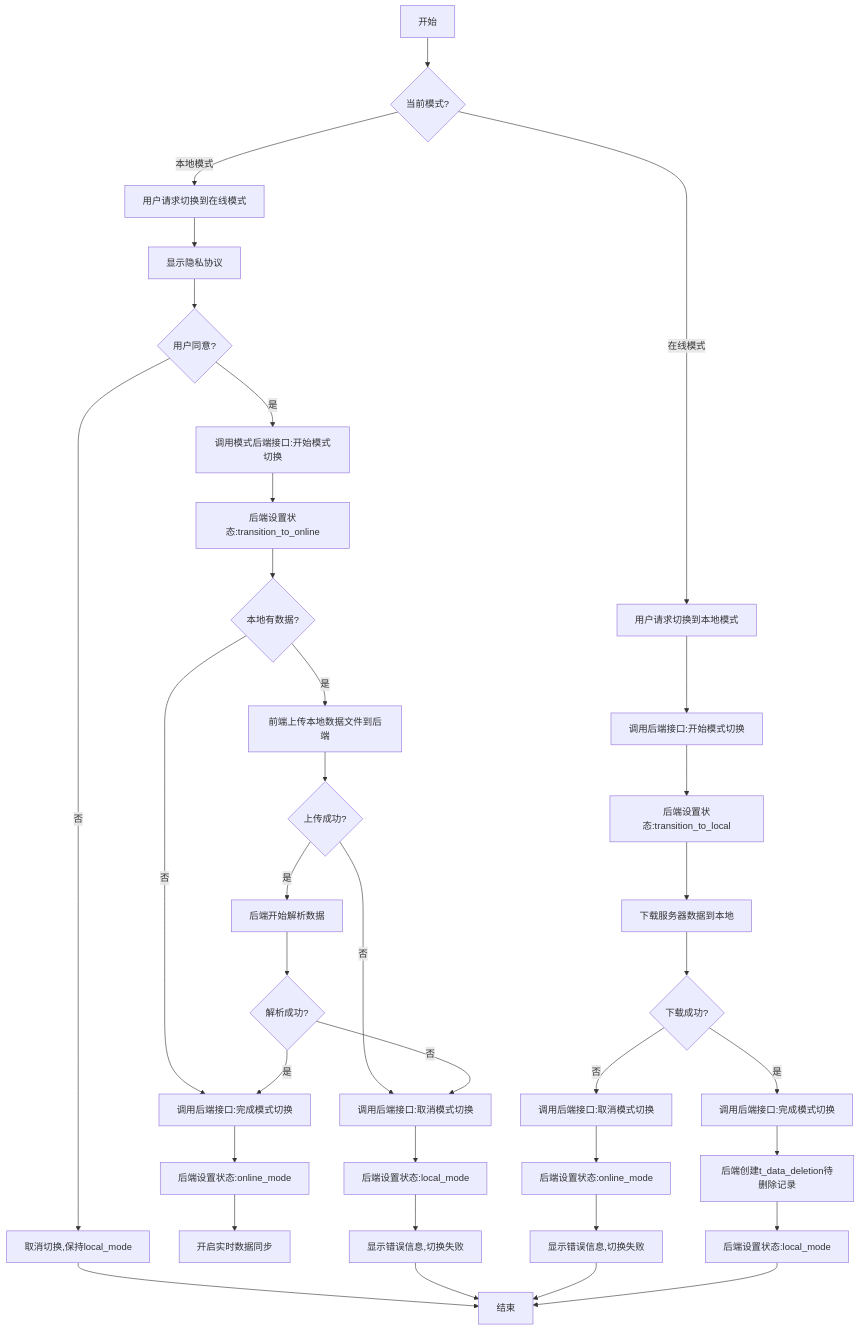
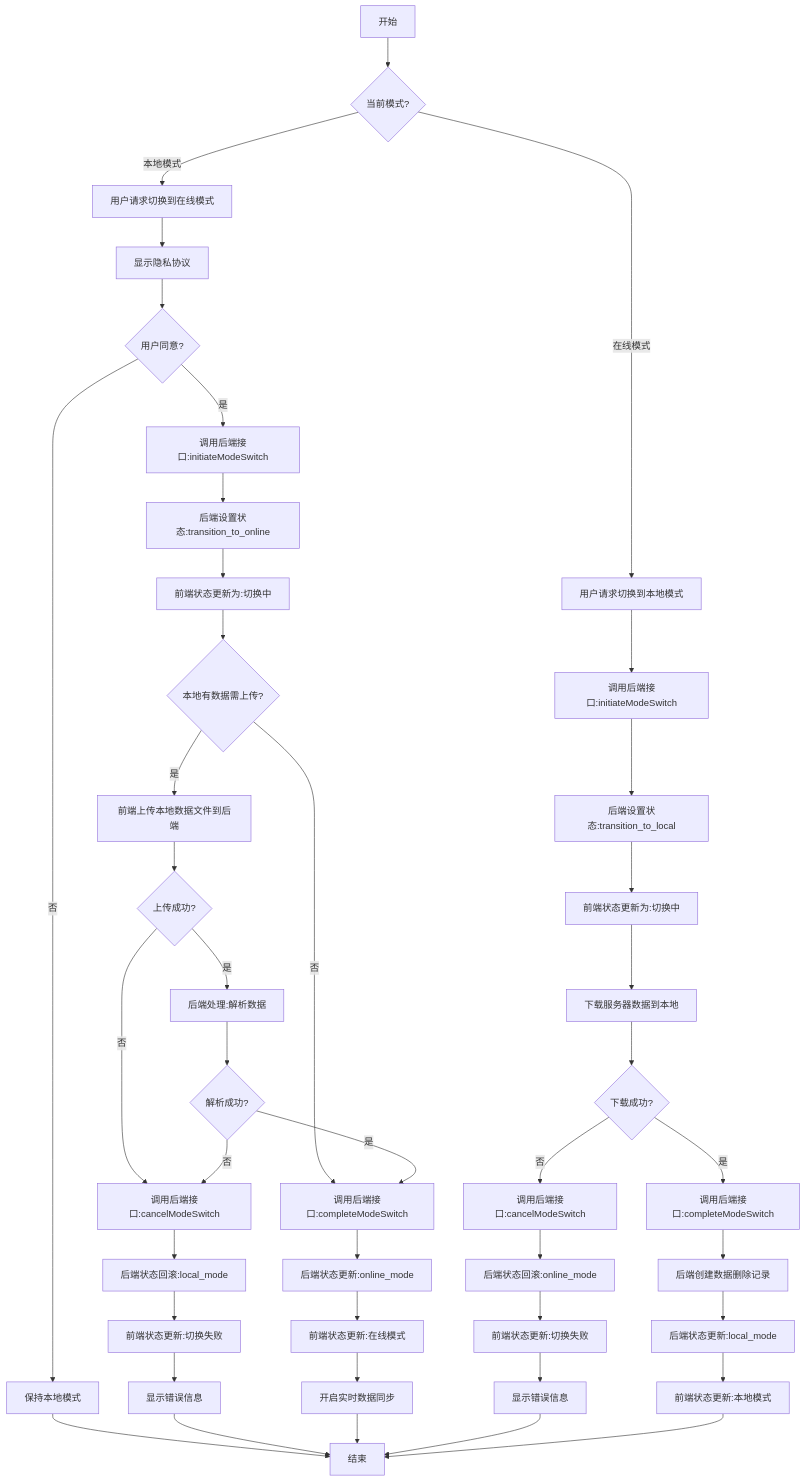
The diagram in all/未命名-58.md (yingjianzh/iodraw-files), drawn with Mermaid before and after one commit.

Commit message:
2025-05-14 10:17:40 update

````diff
--- a/all/未命名-58.md
+++ b/all/未命名-58.md
@@ -1,49 +1,56 @@
 ```mermaid
 flowchart TD
     A[开始] --> B{当前模式?}
     
+    %% 本地模式转在线模式
     B -->|本地模式| C[用户请求切换到在线模式]
-    C --> F[显示隐私协议]
-    F --> G{用户同意?}
-    G -->|否| H[取消切换,保持local_mode]
-    H --> Z[结束]
+    C --> D[显示隐私协议]
+    D --> E{用户同意?}
+    E -->|否| F[保持本地模式]
+    F --> Z[结束]
     
-    G -->|是| I[调用模式后端接口:开始模式切换]
-    I --> J[后端设置状态:transition_to_online]
-    J --> K{本地有数据?}
+    E -->|是| G[调用后端接口:initiateModeSwitch]
+    G --> H[后端设置状态:transition_to_online]
+    H --> I[前端状态更新为:切换中]
     
-    K -->|否| L[调用后端接口:完成模式切换]
-    L --> M[后端设置状态:online_mode]
-    M --> S[开启实时数据同步]
+    I --> J{本地有数据需上传?}
+    J -->|否| K[调用后端接口:completeModeSwitch]
     
-    K -->|是| O[前端上传本地数据文件到后端]
-    O --> P{上传成功?}
+    J -->|是| L[前端上传本地数据文件到后端]
+    L --> M{上传成功?}
+    M -->|否| N[调用后端接口:cancelModeSwitch]
+    N --> O[后端状态回滚:local_mode]
+    O --> P[前端状态更新:切换失败]
+    P --> Q[显示错误信息]
+    Q --> Z
     
-    P -->|否| Q[调用后端接口:取消模式切换]
-    Q --> R[后端设置状态:local_mode]
-    R --> U[显示错误信息,切换失败]
-    U --> Z
+    M -->|是| R[后端处理:解析数据]
+    R --> S{解析成功?}
+    S -->|否| N
     
-    P -->|是| V[后端开始解析数据]
-    V --> W{解析成功?}
+    S -->|是| K[调用后端接口:completeModeSwitch]
+    K --> T[后端状态更新:online_mode]
+    T --> U[前端状态更新:在线模式]
+    U --> V[开启实时数据同步]
+    V --> Z
     
-    W -->|否| Q
-    W -->|是| L
+    %% 在线模式转本地模式
+    B -->|在线模式| W[用户请求切换到本地模式]
+    W --> X[调用后端接口:initiateModeSwitch]
+    X --> Y[后端设置状态:transition_to_local]
+    Y --> AA[前端状态更新为:切换中]
     
-    B -->|在线模式| T1[用户请求切换到本地模式]
-    T1 --> U1[调用后端接口:开始模式切换]
-    U1 --> V1[后端设置状态:transition_to_local]
+    AA --> AB[下载服务器数据到本地]
+    AB --> AC{下载成功?}
+    AC -->|否| AD[调用后端接口:cancelModeSwitch]
+    AD --> AE[后端状态回滚:online_mode]
+    AE --> AF[前端状态更新:切换失败]
+    AF --> AG[显示错误信息]
+    AG --> Z
     
-    V1 --> X1[下载服务器数据到本地]
-    X1 --> Y1{下载成功?}
-    
-    Y1 -->|否| Z1[调用后端接口:取消模式切换]
-    Z1 --> A2[后端设置状态:online_mode]
-    A2 --> B2[显示错误信息,切换失败]
-    B2 --> Z
-    
-    Y1 -->|是| C2[调用后端接口:完成模式切换]
-    C2 --> D2[后端创建t_data_deletion待删除记录]
-    D2 --> E2[后端设置状态:local_mode]
-    E2 --> Z
+    AC -->|是| AH[调用后端接口:completeModeSwitch]
+    AH --> AI[后端创建数据删除记录]
+    AI --> AJ[后端状态更新:local_mode]
+    AJ --> AK[前端状态更新:本地模式]
+    AK --> Z
 ```
````
